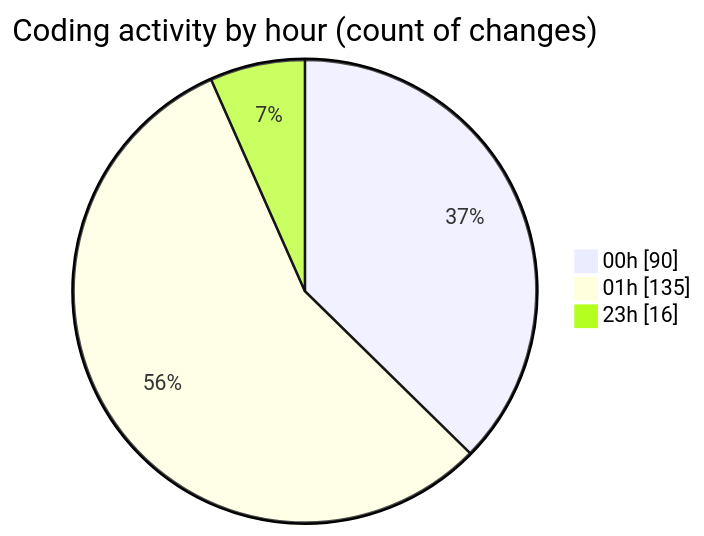
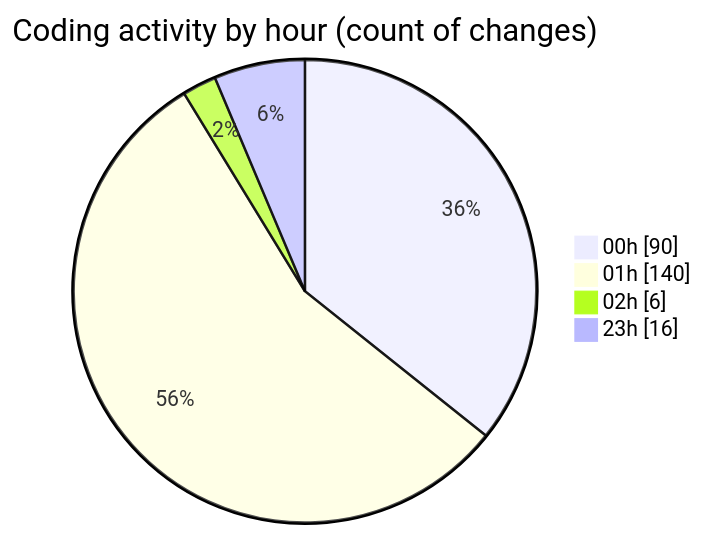
Before and after one commit to Ritupan-Deka/code-tracking: the second of 2 diagrams in 2025-05-26/projects/README.md, drawn with Mermaid. The commit also changed other lines of this file and 1 other file, not shown here.

````diff
--- a/2025-05-26/projects/README.md
+++ b/2025-05-26/projects/README.md
@@ -33,7 +33,8 @@
 ```mermaid
 pie showData
 title Coding activity by hour (count of changes)
 "00h" : 90
-"01h" : 135
+"01h" : 140
+"02h" : 6
 "23h" : 16
 ```
````
